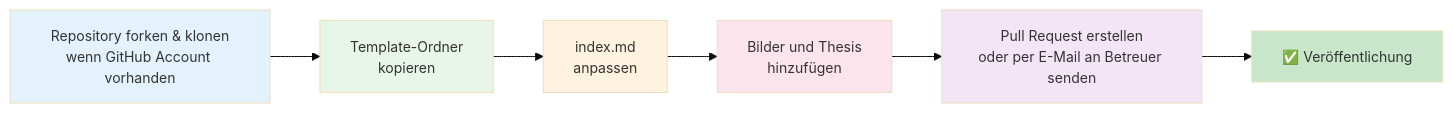
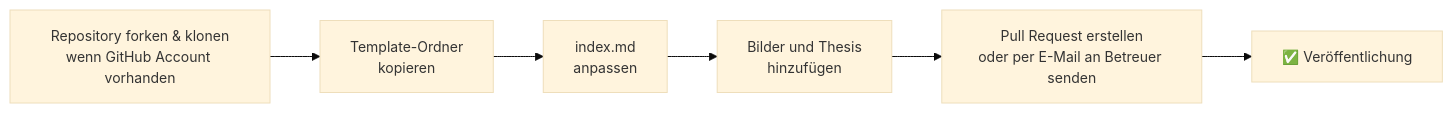
One commit to th-koeln/mi-bachelor-abschlussarbeiten changed the diagram in README.md. Above: the diagram before and after it, drawn with Mermaid.

Commit message:
Remove color styles from flowchart
Removed color styles from flowchart in README.

````diff
--- a/README.md
+++ b/README.md
@@ -9,16 +9,10 @@
 ```mermaid
 %%{init: {'theme':'base', 'themeVariables': { 'fontSize':'14px'}}}%%
 flowchart LR
     A[Repository forken & klonen<br/>wenn GitHub Account vorhanden] --> B[Template-Ordner<br/>kopieren]
     B --> C[index.md<br/>anpassen]
     C --> D[Bilder und Thesis<br/>hinzufügen]
     D --> E[Pull Request erstellen<br/>oder per E-Mail an Betreuer senden]
     E --> F[✅ Veröffentlichung]
     
-    style A fill:#e3f2fd
-    style B fill:#e8f5e9
-    style C fill:#fff3e0
-    style D fill:#fce4ec
-    style E fill:#f3e5f5
-    style F fill:#c8e6c9
 ```
````
